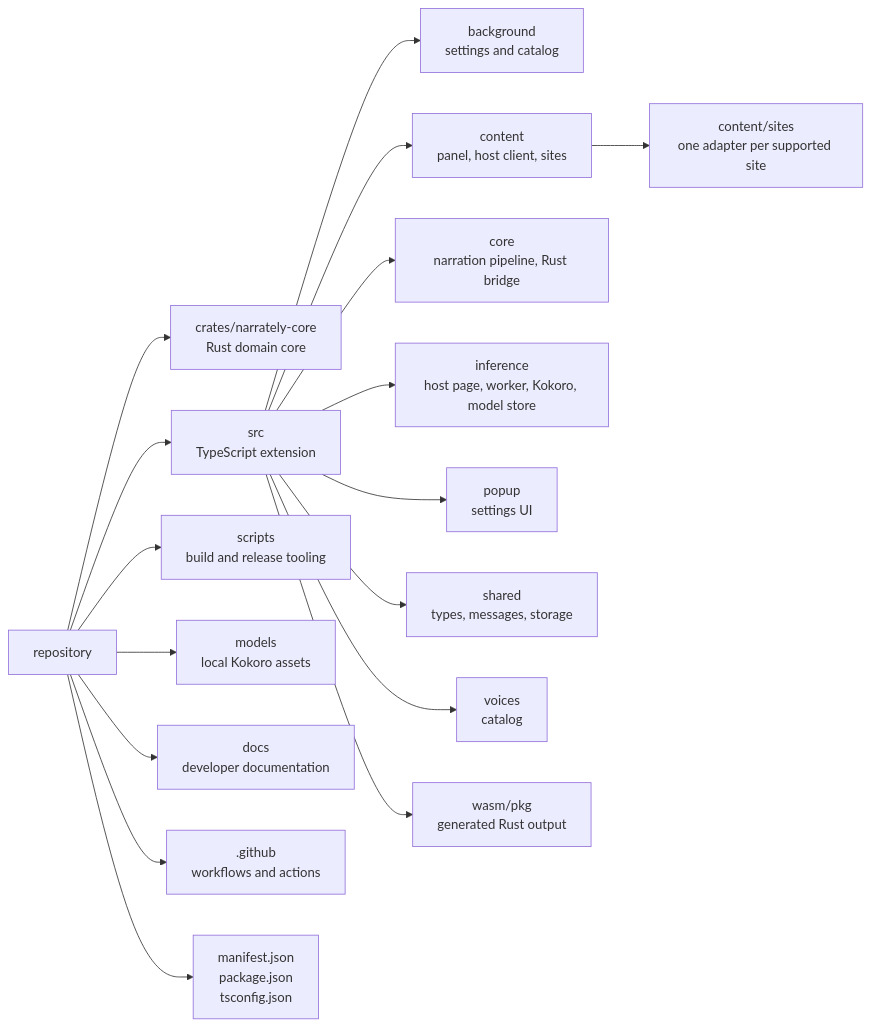
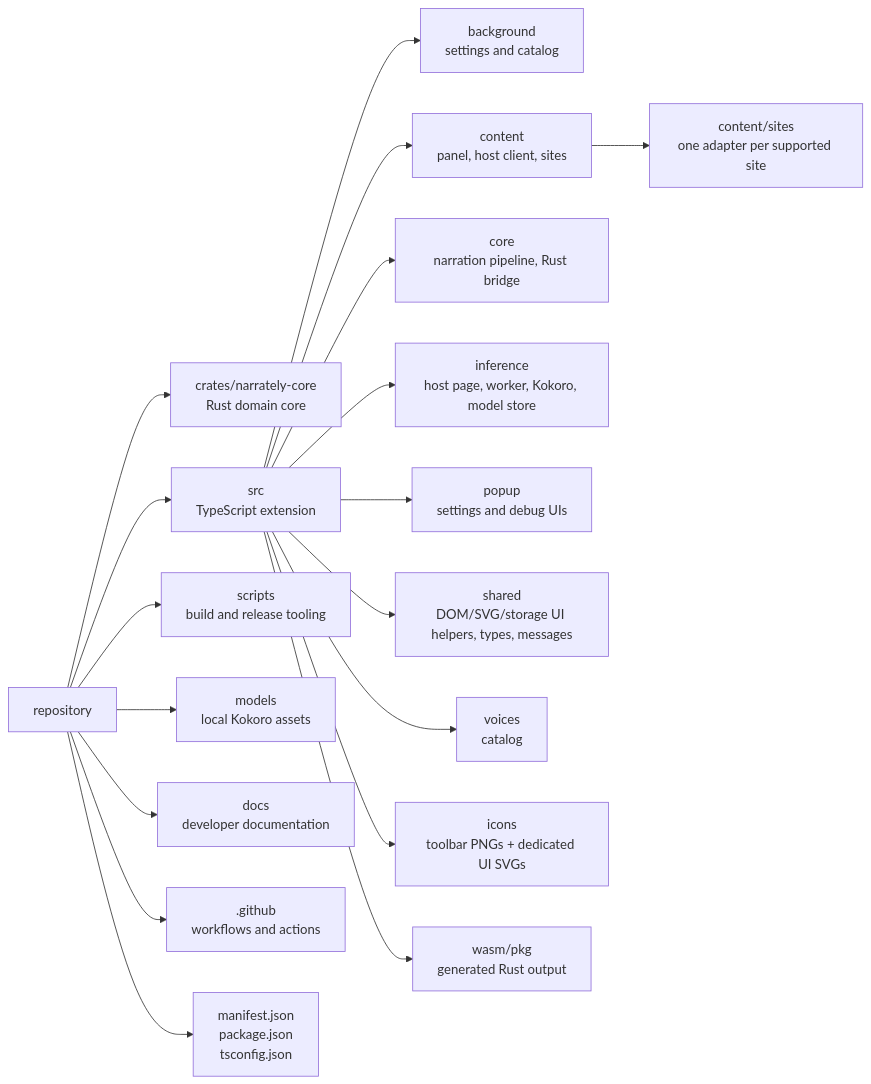
One commit to abdullahkhfb/narrately changed the diagram in docs/README.md. Above: the diagram before and after it, drawn with Mermaid. The commit also changed other lines of this file and 50 other files, not shown here.

````diff
--- a/docs/README.md
+++ b/docs/README.md
@@ -53,21 +53,22 @@
 ```mermaid
 flowchart LR
     root["repository"]
     root --> crates["crates/narrately-core<br/>Rust domain core"]
     root --> src["src<br/>TypeScript extension"]
     root --> scripts["scripts<br/>build and release tooling"]
     root --> models["models<br/>local Kokoro assets"]
     root --> docs["docs<br/>developer documentation"]
     root --> gh[".github<br/>workflows and actions"]
     root --> files["manifest.json<br/>package.json<br/>tsconfig.json"]
 
     src --> background["background<br/>settings and catalog"]
     src --> content["content<br/>panel, host client, sites"]
     content --> sites["content/sites<br/>one adapter per supported site"]
     src --> core["core<br/>narration pipeline, Rust bridge"]
     src --> inference["inference<br/>host page, worker, Kokoro, model store"]
-    src --> popup["popup<br/>settings UI"]
-    src --> shared["shared<br/>types, messages, storage"]
+    src --> popup["popup<br/>settings and debug UIs"]
+    src --> shared["shared<br/>DOM/SVG/storage UI helpers, types, messages"]
     src --> voices["voices<br/>catalog"]
+    src --> icons["icons<br/>toolbar PNGs + dedicated UI SVGs"]
     src --> wasm["wasm/pkg<br/>generated Rust output"]
 ```
````
